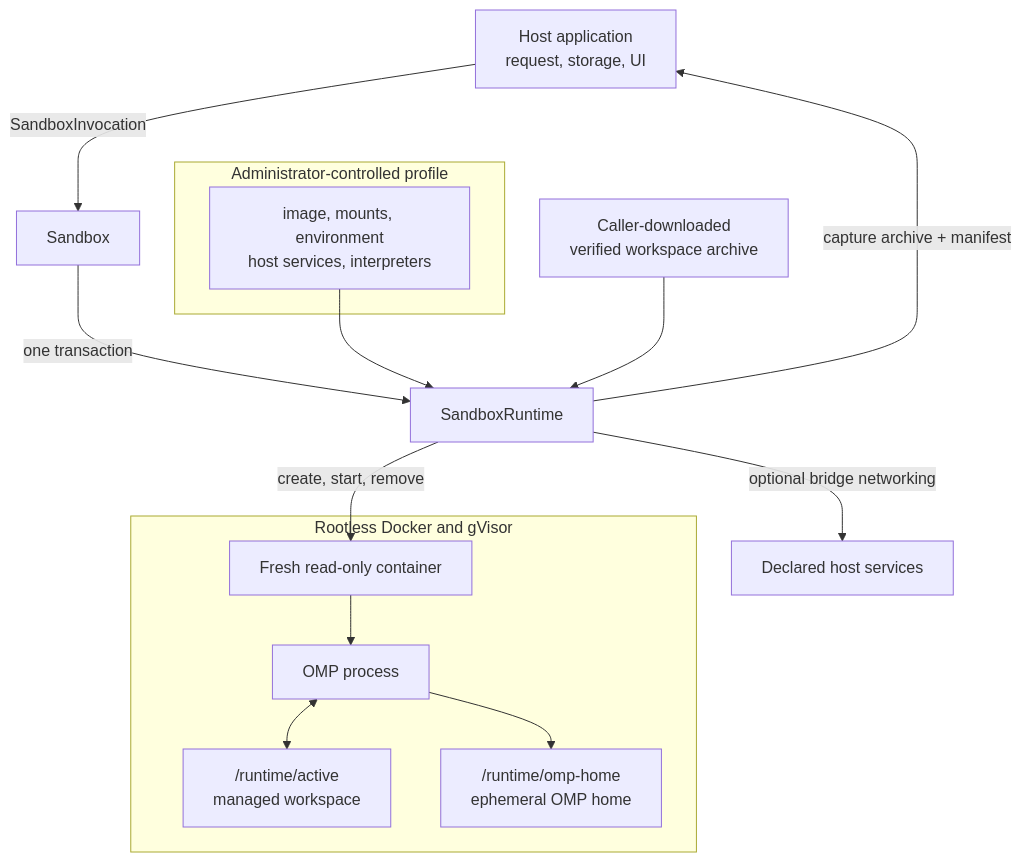
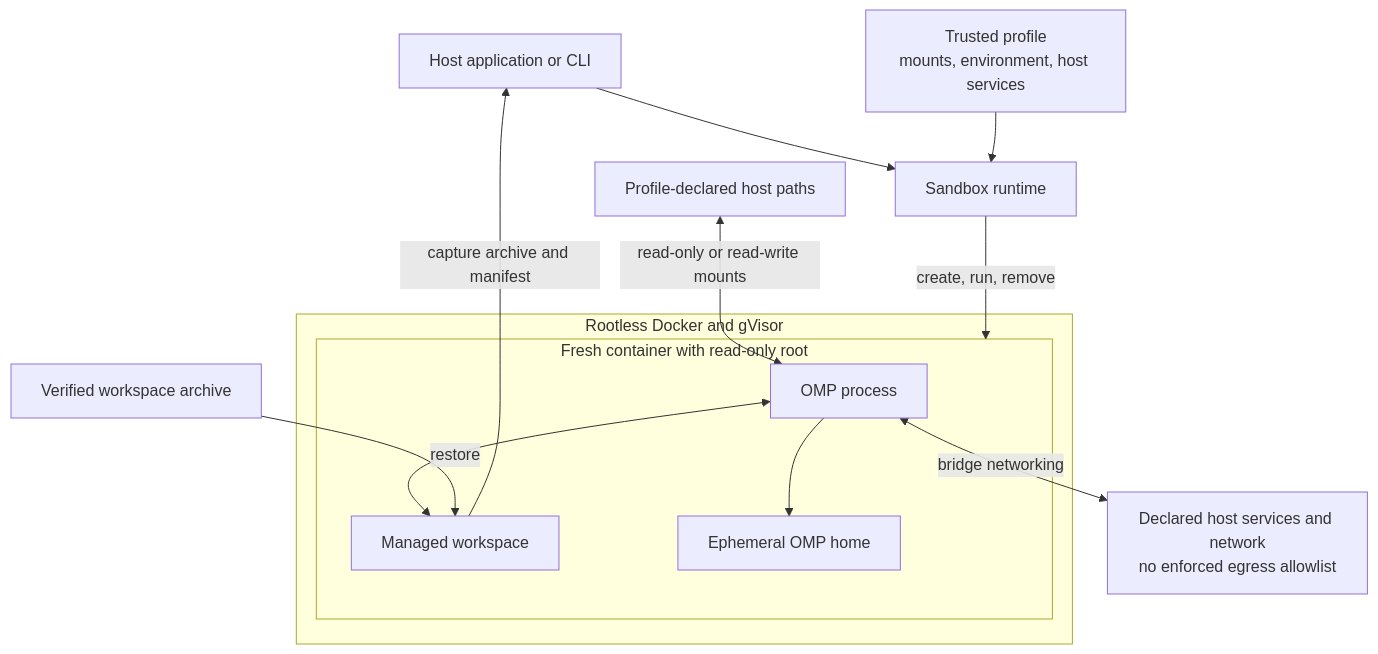
One commit to patrickab/Agents-in-a-box changed the diagram in README.md. Above: the diagram before and after it, drawn with Mermaid. The commit also changed other lines of this file and 1 other file, not shown here.

````diff
--- a/README.md
+++ b/README.md
@@ -56,26 +32,21 @@
 ```mermaid
 flowchart TD
-    HostApp["Host application<br/>request, storage, UI"] -->|SandboxInvocation| Facade[Sandbox]
-    Facade -->|one transaction| Runtime[SandboxRuntime]
+    App[Host application or CLI] --> Runtime[Sandbox runtime]
+    Profile["Trusted profile<br/>mounts, environment, host services"] --> Runtime
 
-    subgraph Policy[Administrator-controlled profile]
-        Profile["image, mounts, environment<br/>host services, interpreters"]
+    subgraph Isolation[Rootless Docker and gVisor]
+        subgraph Container[Fresh container with read-only root]
+            OMP[OMP process]
+            Workspace[Managed workspace]
+            Home[Ephemeral OMP home]
+            OMP <--> Workspace
+            OMP --> Home
+        end
     end
 
-    Profile --> Runtime
-    ArchiveIn["Caller-downloaded<br/>verified workspace archive"] --> Runtime
-
-    subgraph Isolation[Rootless Docker and gVisor]
-        Container[Fresh read-only container]
-        OMP[OMP process]
-        Workspace["/runtime/active<br/>managed workspace"]
-        OMPHome["/runtime/omp-home<br/>ephemeral OMP home"]
-        Container --> OMP
-        OMP <--> Workspace
-        OMP --> OMPHome
-    end
-
-    Runtime -->|create, start, remove| Container
-    Runtime -->|optional bridge networking| Services[Declared host services]
-    Runtime -->|capture archive + manifest| HostApp
+    Runtime -->|create, run, remove| Container
+    Archive[Verified workspace archive] -->|restore| Workspace
+    Workspace -->|capture archive and manifest| App
+    Mounts[Profile-declared host paths] <-->|read-only or read-write mounts| OMP
+    OMP <-->|bridge networking| Network["Declared host services and network<br/>no enforced egress allowlist"]
 ```
````
